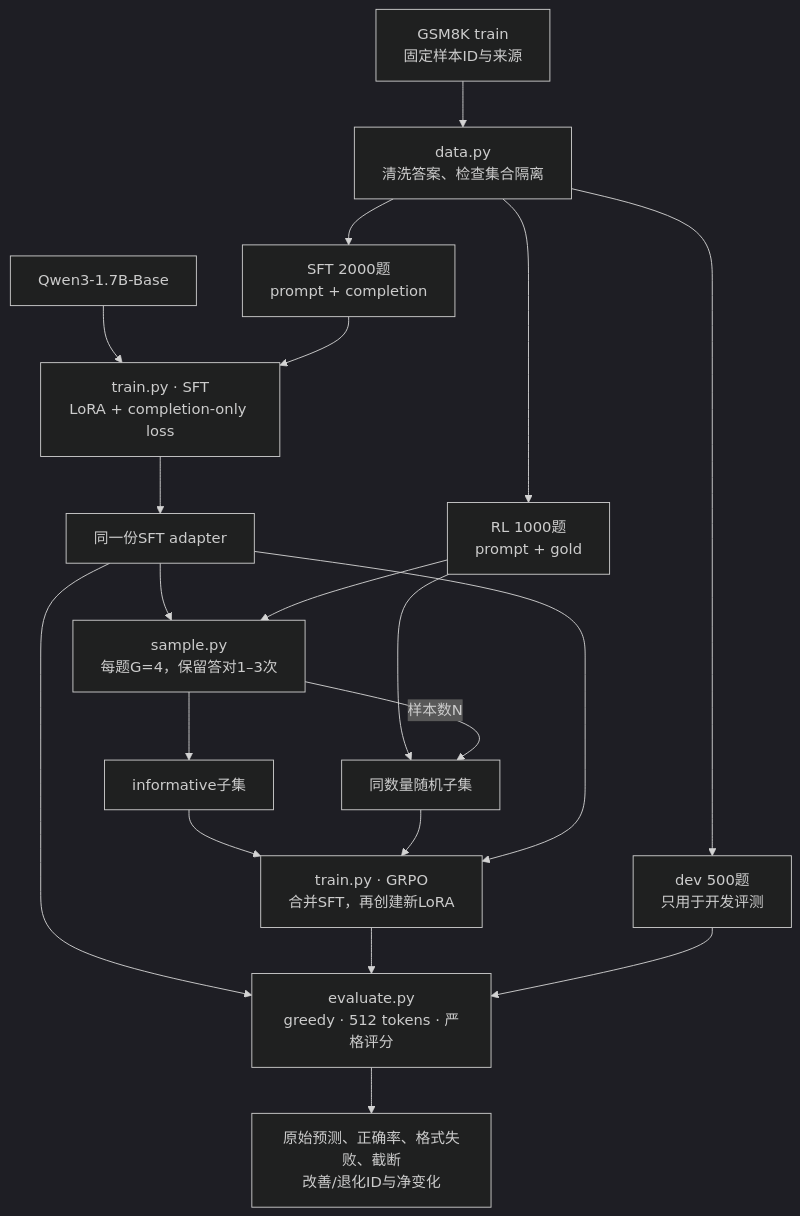
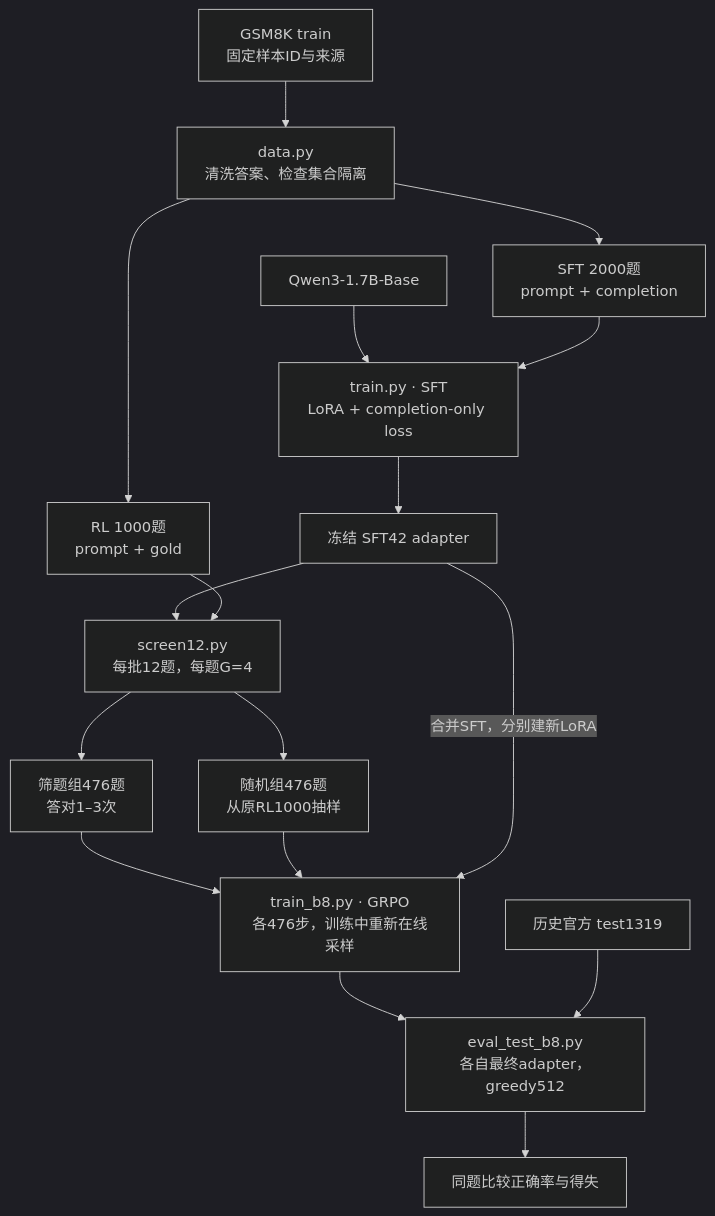
One commit to Tiejiaxiaobao30/qwen3-math-posttraining changed the diagram in README.md. Above: the diagram before and after it, drawn with Mermaid (dark theme). The commit also changed other lines of this file, not shown here.

Commit message:
Explain GRPO screening result against historical SFT42 in README

````diff
--- a/README.md
+++ b/README.md
@@ -50,22 +34,19 @@
 ```mermaid
 flowchart TD
     A["GSM8K train<br/>固定样本ID与来源"] --> D["data.py<br/>清洗答案、检查集合隔离"]
     D --> S["SFT 2000题<br/>prompt + completion"]
     D --> R["RL 1000题<br/>prompt + gold"]
-    D --> V["dev 500题<br/>只用于开发评测"]
     B["Qwen3-1.7B-Base"] --> T["train.py · SFT<br/>LoRA + completion-only loss"]
     S --> T
-    T --> P["同一份SFT adapter"]
-    P --> C["sample.py<br/>每题G=4，保留答对1–3次"]
+    T --> P["冻结 SFT42 adapter"]
+    P --> C["screen12.py<br/>每批12题，每题G=4"]
     R --> C
-    C --> I["informative子集"]
-    R --> N["同数量随机子集"]
-    C -->|样本数N| N
-    I --> G["train.py · GRPO<br/>合并SFT，再创建新LoRA"]
+    C --> I["筛题组476题<br/>答对1–3次"]
+    C --> N["随机组476题<br/>从原RL1000抽样"]
+    I --> G["train_b8.py · GRPO<br/>各476步，训练中重新在线采样"]
     N --> G
-    P --> G
-    P --> E["evaluate.py<br/>greedy · 512 tokens · 严格评分"]
-    G --> E
-    V --> E
-    E --> O["原始预测、正确率、格式失败、截断<br/>改善/退化ID与净变化"]
+    P -->|合并SFT，分别建新LoRA| G
+    G --> E["eval_test_b8.py<br/>各自最终adapter，greedy512"]
+    O["历史官方 test1319"] --> E
+    E --> X["同题比较正确率与得失"]
 ```
````
